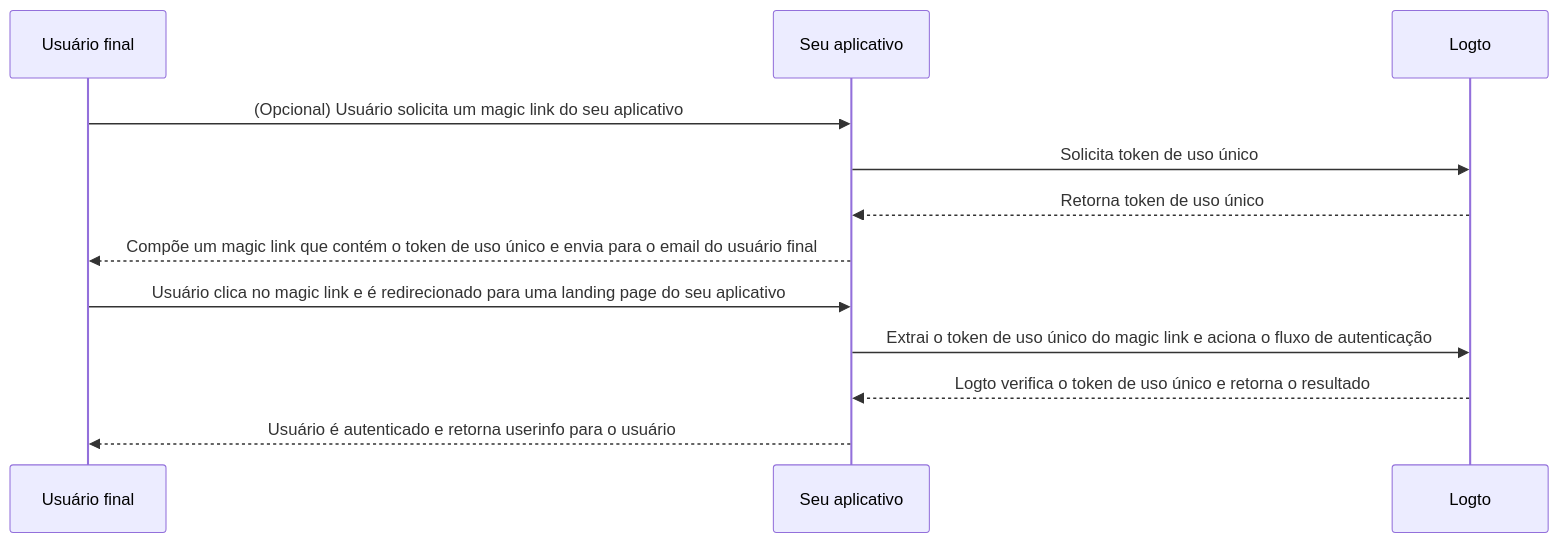
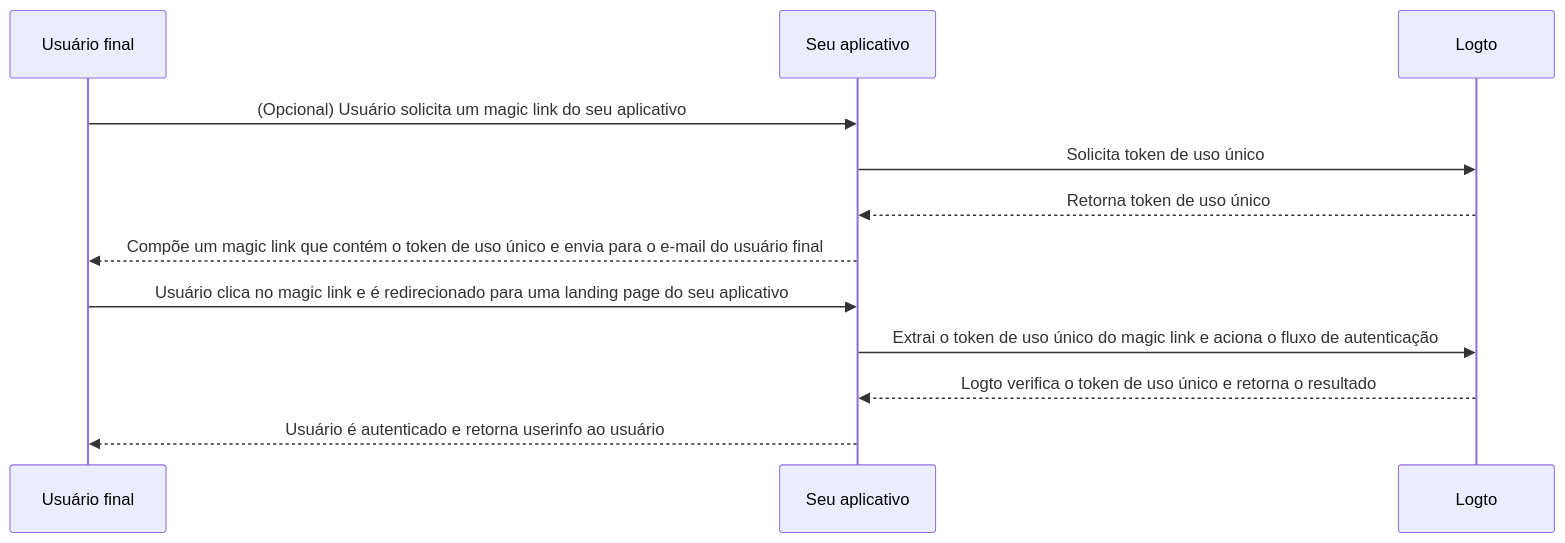
The diagram in i18n/pt-BR/docusaurus-plugin-content-docs/current/end-user-flows/one-time-token.mdx (logto-io/docs), drawn with Mermaid before and after one commit. The commit also changed other lines of this file and 46 other files, not shown here.

````diff
--- a/i18n/pt-BR/docusaurus-plugin-content-docs/current/end-user-flows/one-time-token.mdx
+++ b/i18n/pt-BR/docusaurus-plugin-content-docs/current/end-user-flows/one-time-token.mdx
@@ -24,15 +24,15 @@
 ```mermaid
 sequenceDiagram
   participant U as Usuário final
   participant C as Seu aplicativo
   participant L as Logto
 
   U ->> C: (Opcional) Usuário solicita um magic link do seu aplicativo
   C ->> L: Solicita token de uso único
   L -->> C: Retorna token de uso único
-  C -->> U: Compõe um magic link que contém o token de uso único e envia para o email do usuário final
+  C -->> U: Compõe um magic link que contém o token de uso único e envia para o e-mail do usuário final
   U ->> C: Usuário clica no magic link e é redirecionado para uma landing page do seu aplicativo
   C ->> L: Extrai o token de uso único do magic link e aciona o fluxo de autenticação
   L -->> C: Logto verifica o token de uso único e retorna o resultado
-  C -->> U: Usuário é autenticado e retorna userinfo para o usuário
+  C -->> U: Usuário é autenticado e retorna userinfo ao usuário
 ```
````
